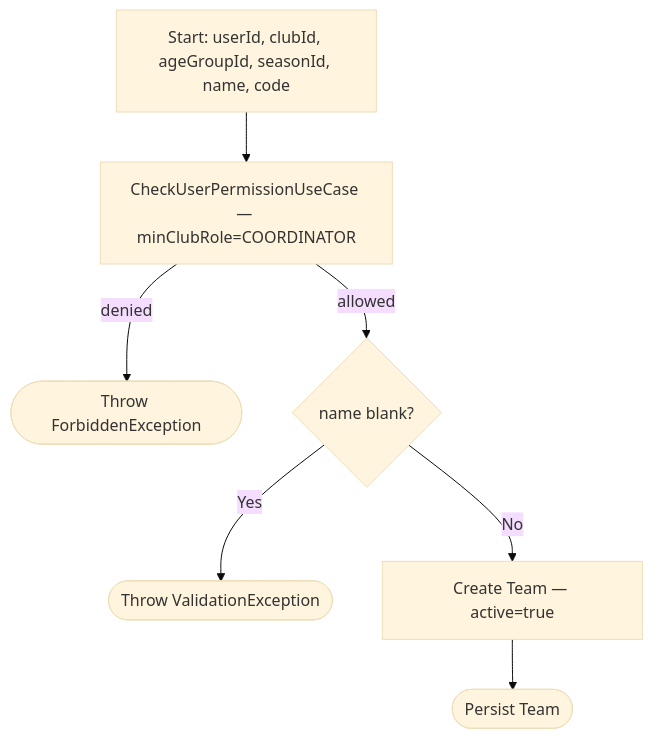
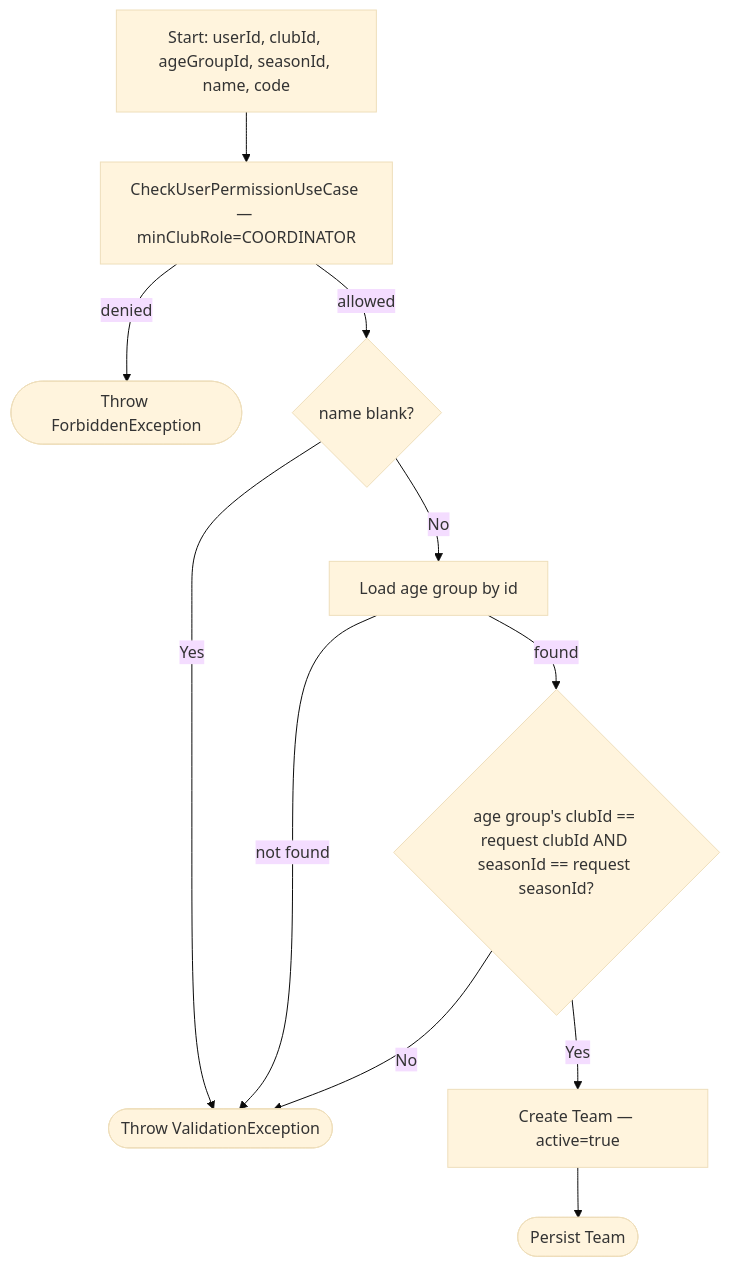
Diagram 18 of 37 in PROCESS_FLOWS.md (ricardofrango/squadify), drawn with Mermaid (base theme) before and after one commit. The commit also changed other lines of this file and 20 other files, not shown here.

First line of the commit message:
Add the Create Teams screen and a batch team-creation endpoint

````diff
--- a/PROCESS_FLOWS.md
+++ b/PROCESS_FLOWS.md
@@ -330,9 +330,13 @@
 ```mermaid
 graph TD
     A[Start: userId, clubId, ageGroupId, seasonId, name, code] --> B[CheckUserPermissionUseCase — minClubRole=COORDINATOR]
     B -- denied --> F(["Throw ForbiddenException"])
     B -- allowed --> C{name blank?}
     C -- Yes --> V(["Throw ValidationException"])
-    C -- No --> D[Create Team — active=true]
-    D --> Z(["Persist Team"])
+    C -- No --> D[Load age group by id]
+    D -- not found --> V
+    D -- found --> E{"age group's clubId == request clubId AND seasonId == request seasonId?"}
+    E -- No --> V
+    E -- Yes --> G[Create Team — active=true]
+    G --> Z(["Persist Team"])
 ```
````
